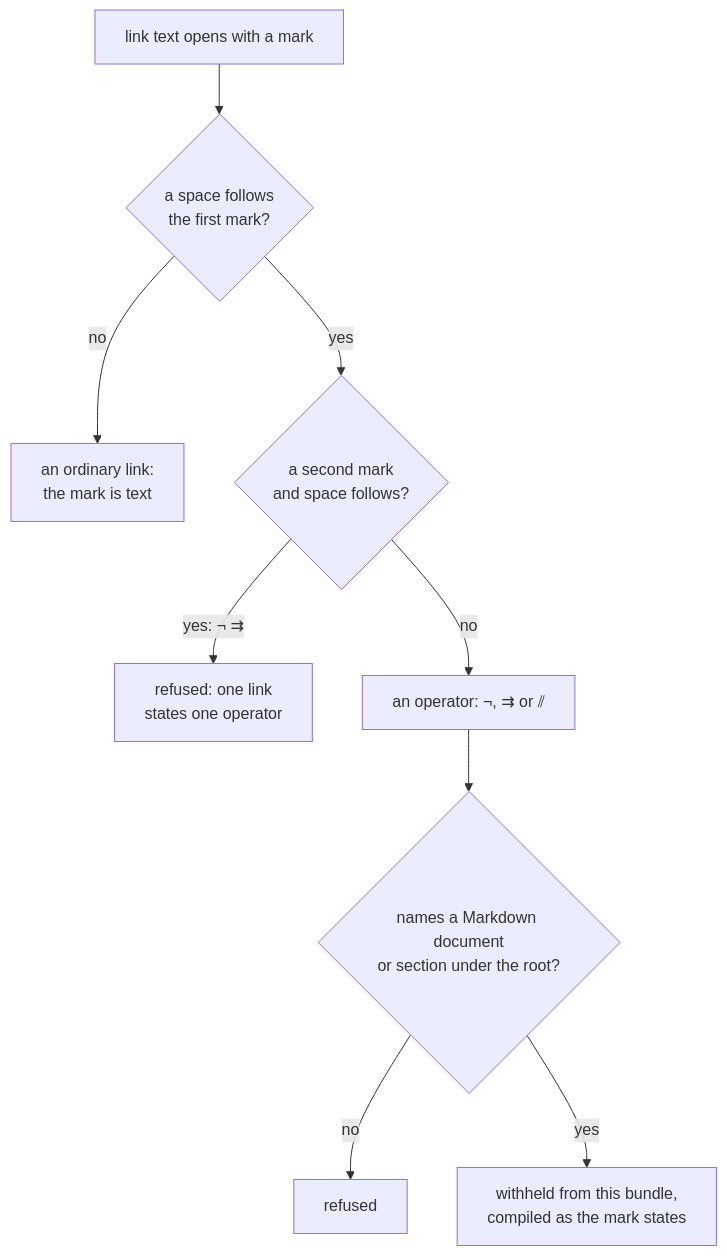
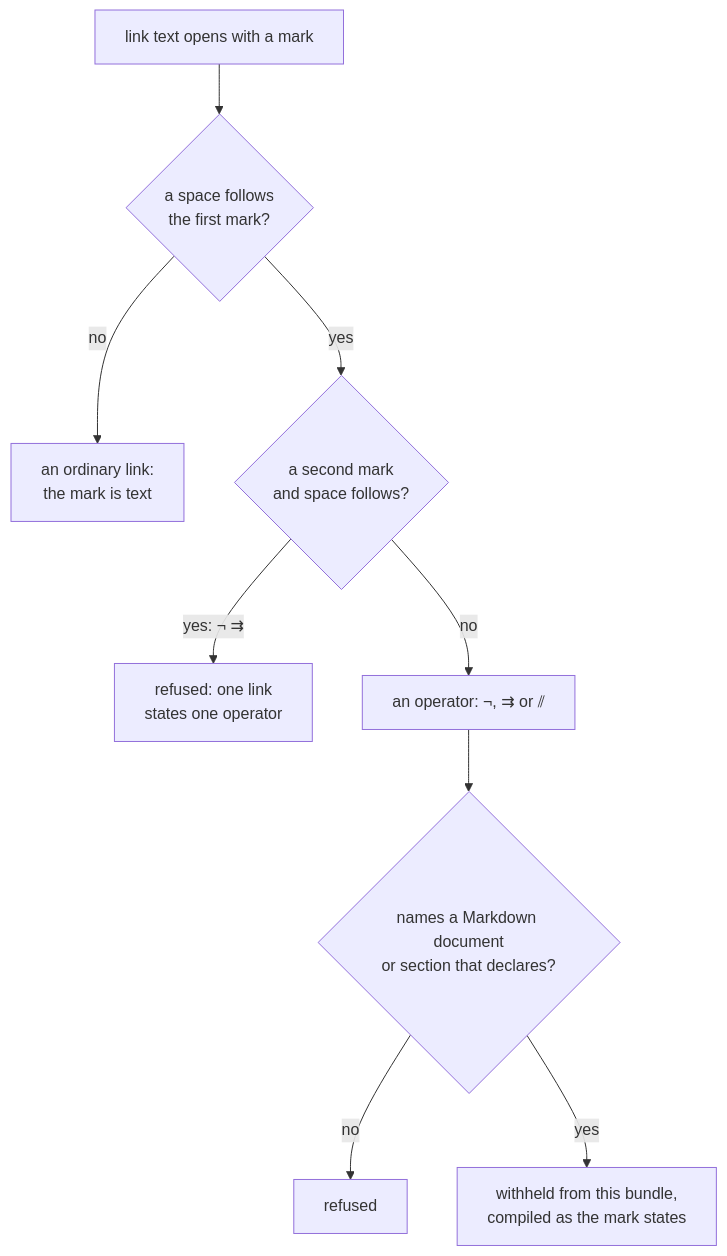
Before and after one commit to m2ux/prosiform: the second of 2 diagrams in docs/references.md, drawn with Mermaid. The commit also changed other lines of this file and 13 other files, not shown here.

````diff
--- a/docs/references.md
+++ b/docs/references.md
@@ -82,11 +83,11 @@
 ```mermaid
 flowchart TD
   Text["link text opens with a mark"] --> Space{"a space follows<br/>the first mark?"}
   Space -- no --> Plain["an ordinary link:<br/>the mark is text"]
   Space -- yes --> Second{"a second mark<br/>and space follows?"}
   Second -- "yes: ¬ ⇉" --> Refused["refused: one link<br/>states one operator"]
   Second -- no --> Operator["an operator: ¬, ⇉ or ⫽"]
-  Operator --> Target{"names a Markdown document<br/>or section under the root?"}
+  Operator --> Target{"names a Markdown document<br/>or section that declares?"}
   Target -- no --> RefusedToo["refused"]
   Target -- yes --> Withheld["withheld from this bundle,<br/>compiled as the mark states"]
 ```
````
